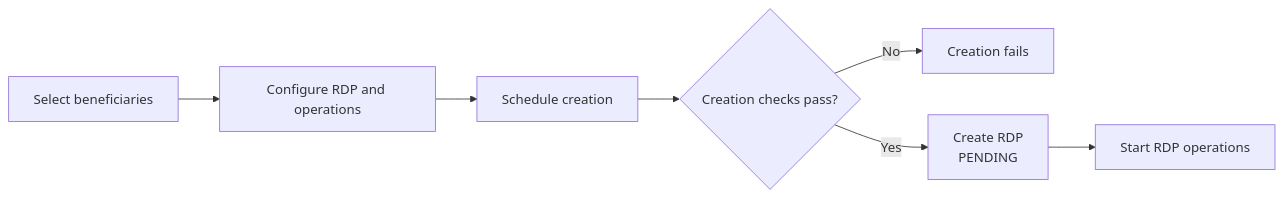
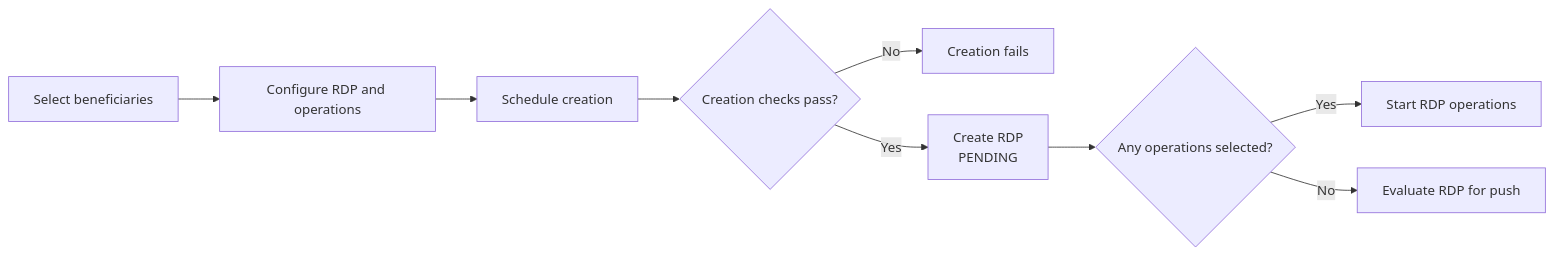
One commit to unicef/hope-country-workspace changed the diagram in docs/src/rdp/create.md. Above: the diagram before and after it, drawn with Mermaid. The commit also changed other lines of this file and 20 other files, not shown here.

````diff
--- a/docs/src/rdp/create.md
+++ b/docs/src/rdp/create.md
@@ -31,10 +36,12 @@
 ```mermaid
 flowchart LR
     A[Select beneficiaries]
         --> B[Configure RDP and operations]
         --> C[Schedule creation]
         --> D{Creation checks pass?}
     D -->|No| E[Creation fails]
     D -->|Yes| F[Create RDP<br/>PENDING]
-    F --> G[Start RDP operations]
+    F --> G{Any operations selected?}
+    G -->|Yes| H[Start RDP operations]
+    G -->|No| I[Evaluate RDP for push]
 ```
````
